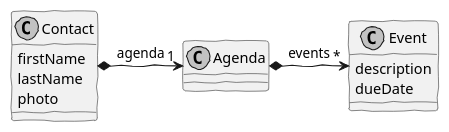
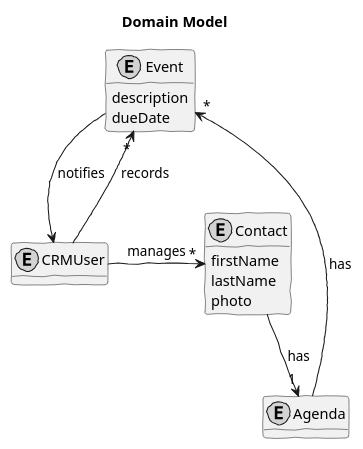
The diagram in src/main/java/lapr4/white/s1/core/n4567890/contacts/contacts_domain_model.puml (PeFerreira98/ISEP.Lic.LAPR4_2017), drawn with PlantUML before and after one commit. The commit also changed 16 other files, not shown here.

Commit message:
Added some tests to contacts/crm and also event and agenda domain concepts ref #1.

```diff
--- a/src/main/java/lapr4/white/s1/core/n4567890/contacts/contacts_domain_model.puml
+++ b/src/main/java/lapr4/white/s1/core/n4567890/contacts/contacts_domain_model.puml
@@ -1,27 +1,39 @@
 @startuml contacts_domain_model.png
     skinparam handwritten true
     skinparam monochrome true
     skinparam packageStyle rect
     skinparam defaultFontName FG Virgil
     skinparam shadowing false
 
-    class Contact {
+    title Domain Model
+
+    hide methods
+
+    class CRMUser << (E, lightgray) >>{
+    }
+
+    class Contact << (E, lightgray) >>{
         firstName
         lastName
         photo
     }
 
-    class Agenda {
+    class Agenda << (E, lightgray) >>{
     }
 
-    class Event {
+    class Event << (E, lightgray) >>{
         description
         dueDate
     }
 
-    Contact *-> "1" Agenda : agenda
+    CRMUser -> "*" Contact : manages
 
-    Agenda *-> "*" Event : events
+    Contact --> "1" Agenda : has
 
+    Agenda -left-> "*" Event : has
+
+    Event --> CRMUser : notifies
+
+    CRMUser --> "*" Event : records
 
 @enduml
```
